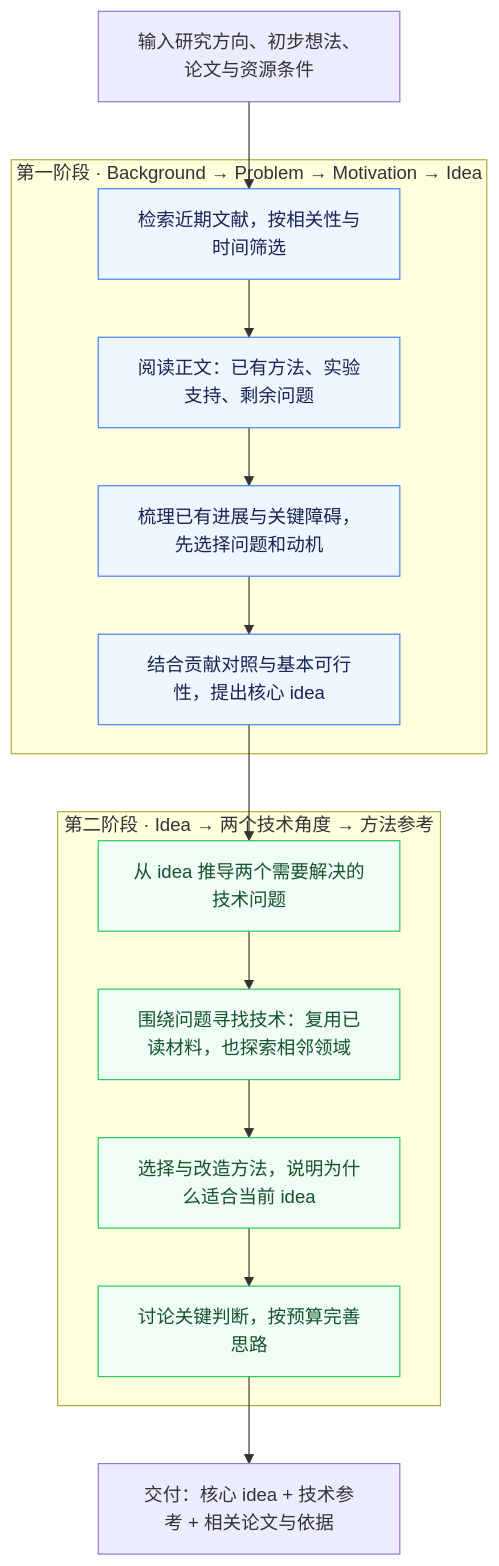
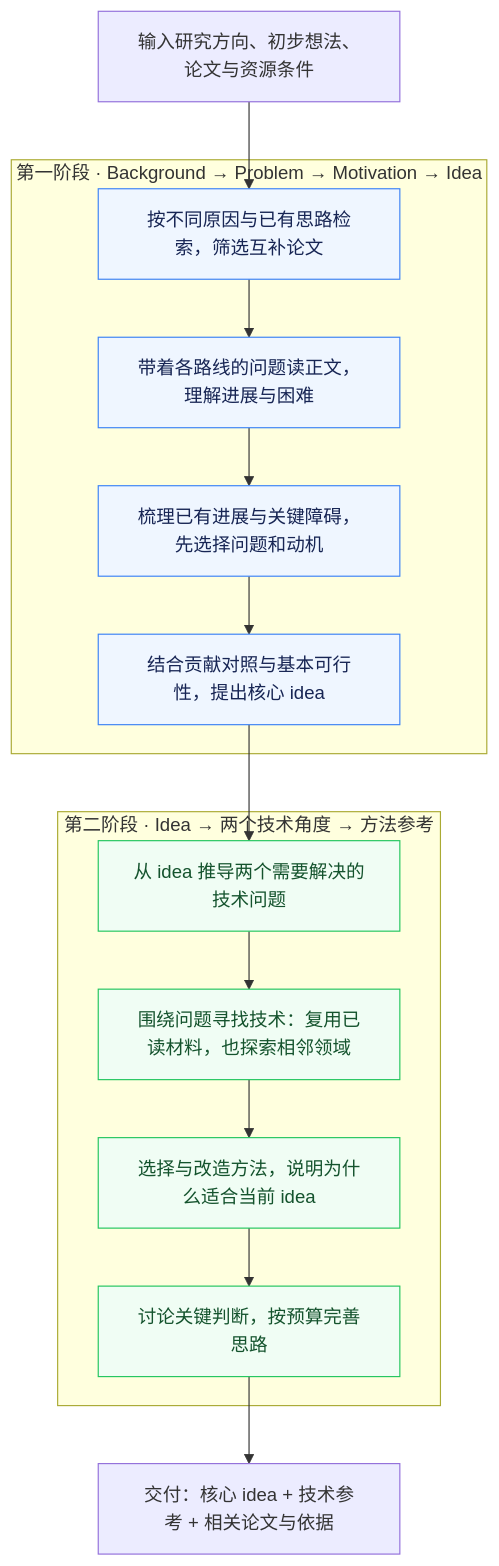
One commit to ghh1125/Research-idea changed the diagram in README.md. Above: the diagram before and after it, drawn with Mermaid. The commit also changed other lines of this file and 36 other files, not shown here.

````diff
--- a/README.md
+++ b/README.md
@@ -35,26 +35,26 @@
 ```mermaid
 flowchart TD
     U["输入研究方向、初步想法、论文与资源条件"]
     subgraph S1["第一阶段 · Background → Problem → Motivation → Idea"]
-        A["检索近期文献，按相关性与时间筛选"]
-        B["阅读正文：已有方法、实验支持、剩余问题"]
+        A["按不同原因与已有思路检索，筛选互补论文"]
+        B["带着各路线的问题读正文，理解进展与困难"]
         C["梳理已有进展与关键障碍，先选择问题和动机"]
         D["结合贡献对照与基本可行性，提出核心 idea"]
         A --> B --> C --> D
     end
     subgraph S2["第二阶段 · Idea → 两个技术角度 → 方法参考"]
         E["从 idea 推导两个需要解决的技术问题"]
         F["围绕问题寻找技术：复用已读材料，也探索相邻领域"]
         G["选择与改造方法，说明为什么适合当前 idea"]
         H["讨论关键判断，按预算完善思路"]
         E --> F --> G --> H
     end
     O["交付：核心 idea + 技术参考 + 相关论文与依据"]
     U --> A
     D --> E
     H --> O
     classDef concept fill:#eff6ff,stroke:#3b82f6,color:#172554
     classDef design fill:#f0fdf4,stroke:#22c55e,color:#14532d
     class A,B,C,D concept
     class E,F,G,H design
 ```
````
